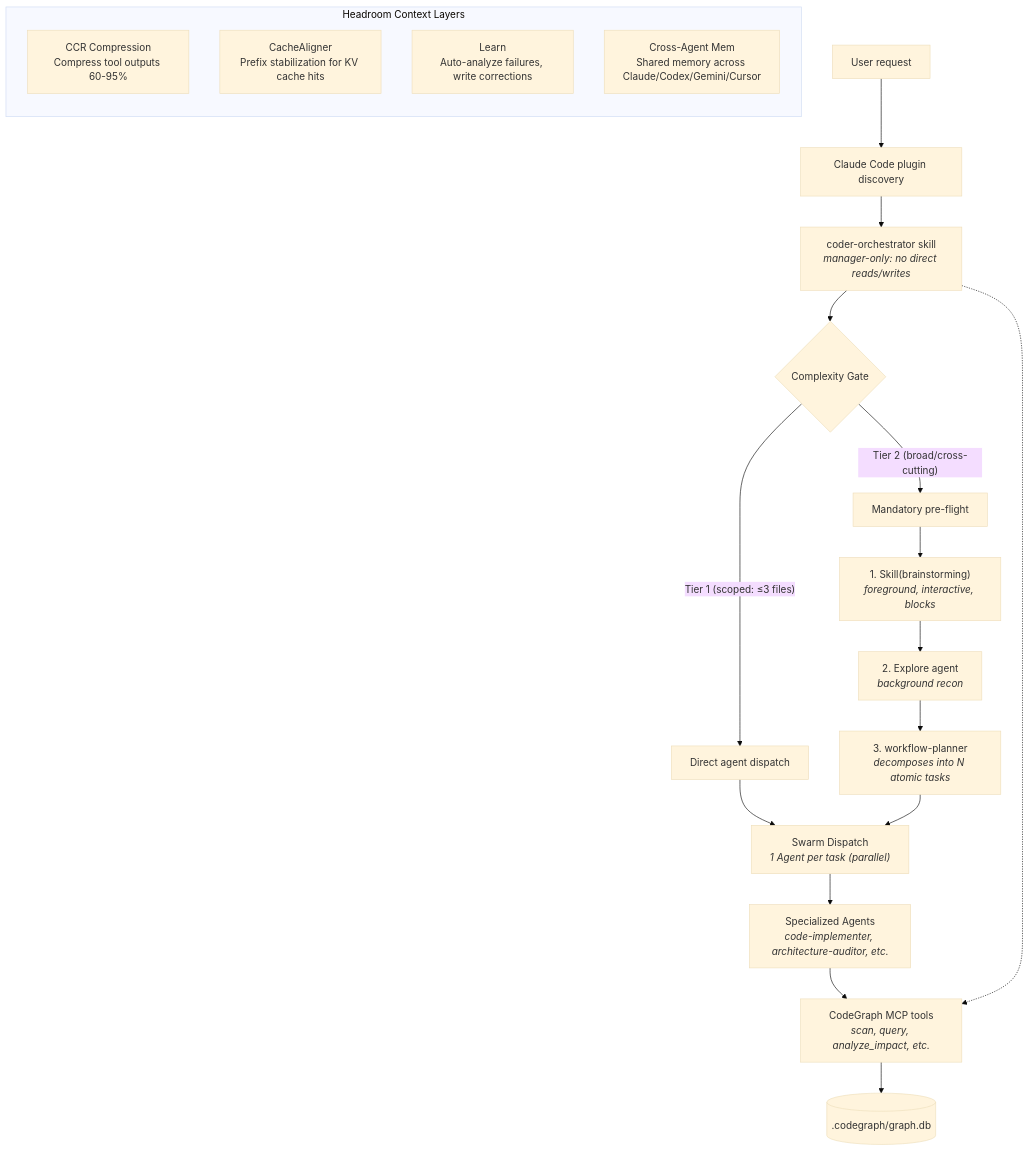
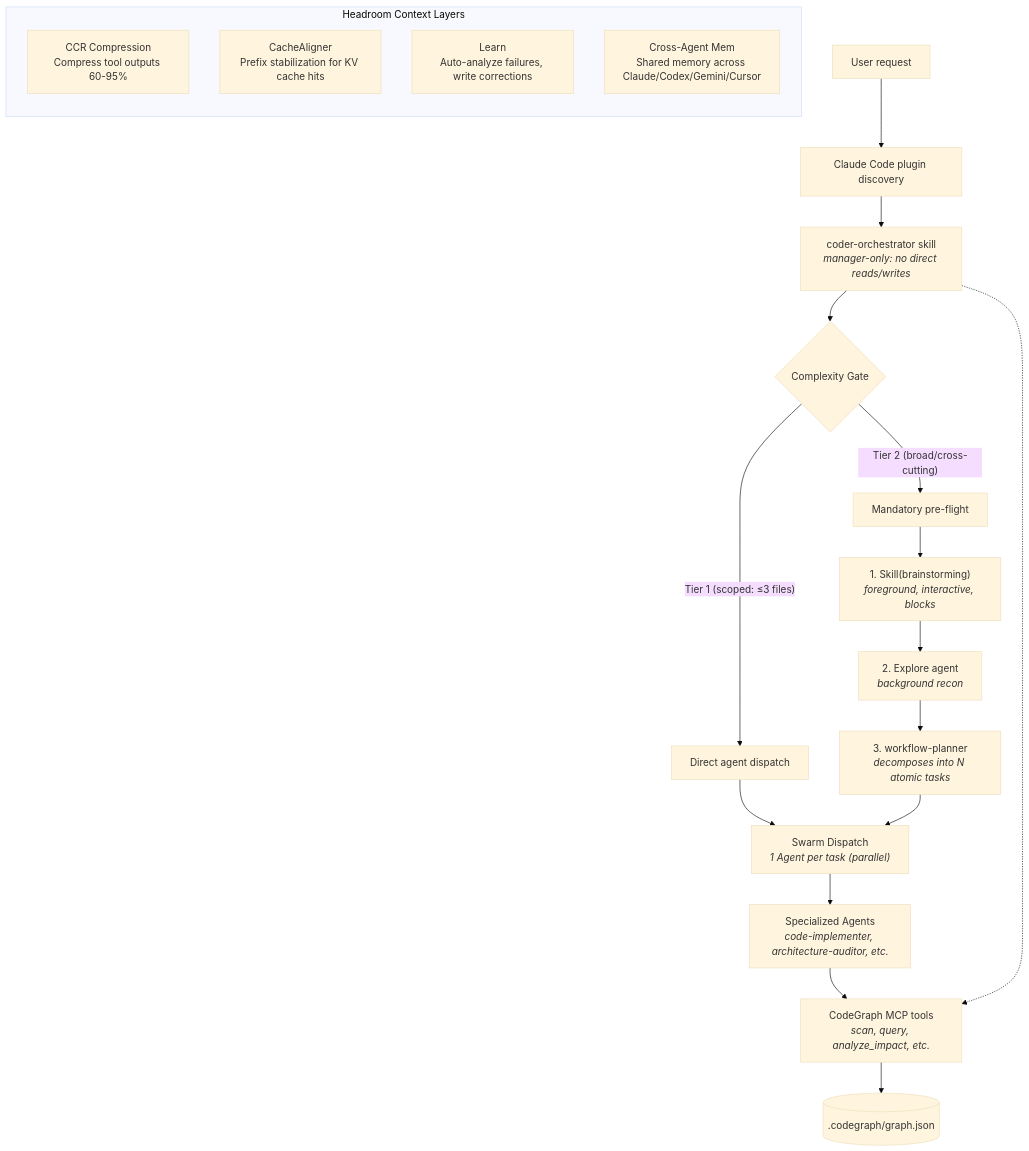
One commit to MythEclipse/coder-workflow changed the diagram in README.md. Above: the diagram before and after it, drawn with Mermaid (base theme). The commit also changed other lines of this file and 9 other files, not shown here.

First line of the commit message:
chore(core): migrate graph storage from libSQL to JSON

````diff
--- a/README.md
+++ b/README.md
@@ -27,32 +27,32 @@
 ```mermaid
 graph TD
     User["User request"] --> Plugin["Claude Code plugin discovery"]
     Plugin --> Orch["coder-orchestrator skill<br/><i>manager-only: no direct reads/writes</i>"]
     
     Orch --> Gate{"Complexity Gate"}
     
     Gate -->|"Tier 1 (scoped: ≤3 files)"| DirectDispatch["Direct agent dispatch"]
     Gate -->|"Tier 2 (broad/cross-cutting)"| Preflight["Mandatory pre-flight"]
     
     Preflight --> Step1["1. Skill(brainstorming)<br/><i>foreground, interactive, blocks</i>"]
     Step1 --> Step2["2. Explore agent<br/><i>background recon</i>"]
     Step2 --> Step3["3. workflow-planner<br/><i>decomposes into N atomic tasks</i>"]
     
     DirectDispatch --> Swarm["Swarm Dispatch<br/><i>1 Agent per task (parallel)</i>"]
     Step3 --> Swarm
     
     Swarm --> Agents["Specialized Agents<br/><i>code-implementer, architecture-auditor, etc.</i>"]
     
     Agents --> MCP["CodeGraph MCP tools<br/><i>scan, query, analyze_impact, etc.</i>"]
     Orch -.-> MCP
     
-    MCP --> DB[(".codegraph/graph.db")]
+    MCP --> FILE[(".codegraph/graph.json")]
 
     subgraph Headroom ["Headroom Context Layers"]
         direction TB
         CCR["CCR Compression<br/>Compress tool outputs 60-95%"]
         Cache["CacheAligner<br/>Prefix stabilization for KV cache hits"]
         Learn["Learn<br/>Auto-analyze failures, write corrections"]
         Mem["Cross-Agent Mem<br/>Shared memory across Claude/Codex/Gemini/Cursor"]
     end
 ```
````
